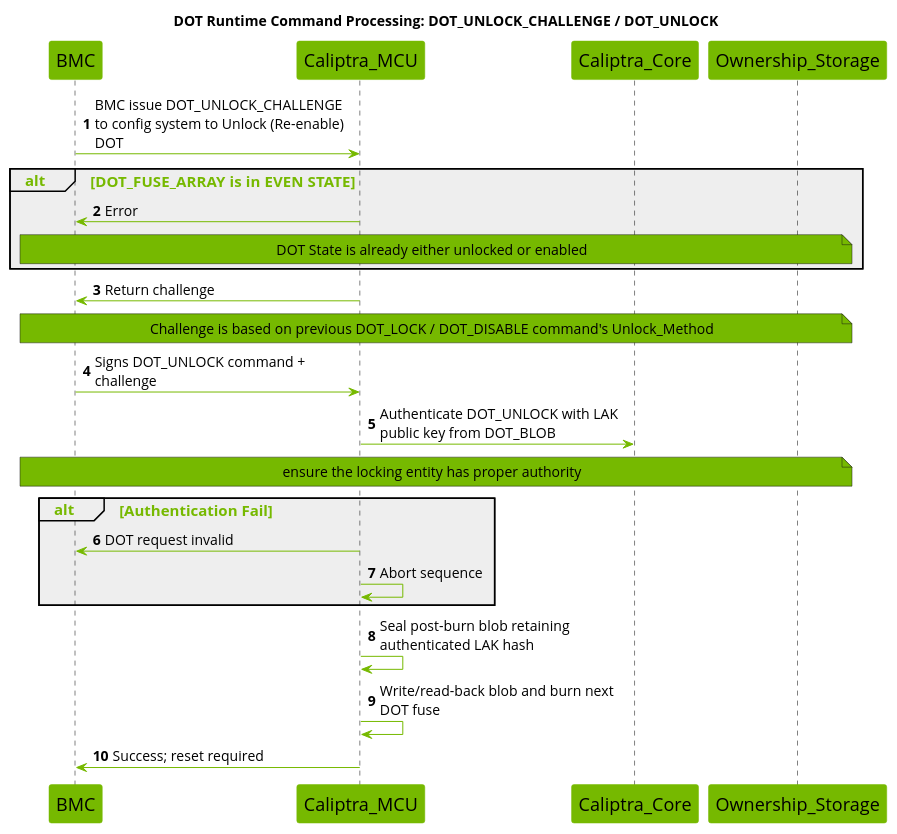
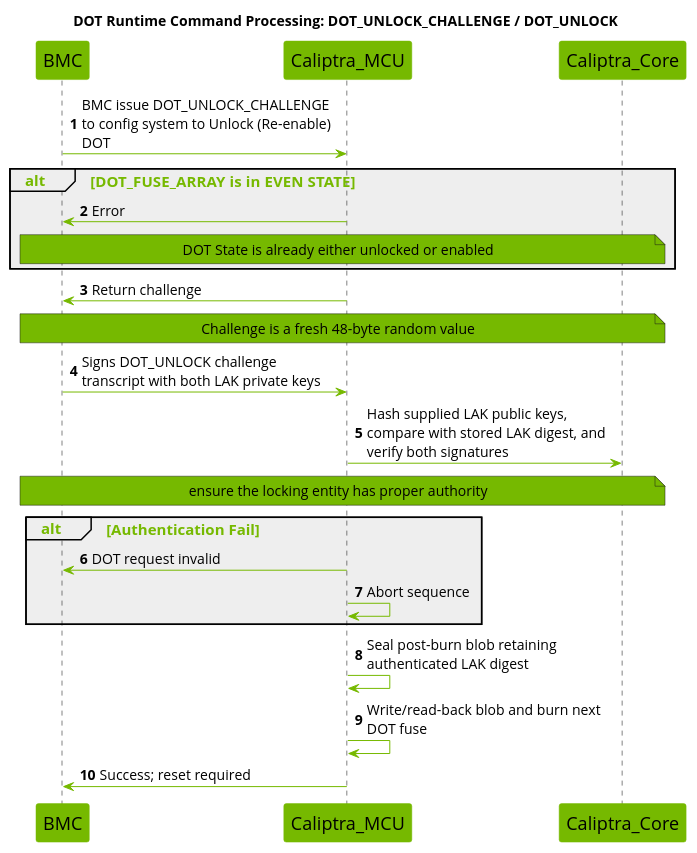
The third of 7 diagrams in docs/src/dot.md (chipsalliance/caliptra-mcu-sw), drawn with PlantUML before and after one commit. The commit also changed other lines of this file and 7 other files, not shown here.

````diff
--- a/docs/src/dot.md
+++ b/docs/src/dot.md
@@ -647,58 +646,57 @@
 ```plantuml
 @startuml
 
 title DOT Runtime Command Processing: DOT_UNLOCK_CHALLENGE / DOT_UNLOCK
 
 skinparam maxMessageSize 250
 skinparam wrapWidth 700
 skinparam backgroundColor white
 skinparam NoteBackgroundColor #76b900
 skinparam NoteFontSize 14
 skinparam SequenceGroupBodyBackgroundColor #EEEEEE
 skinparam defaultFontName Open Sans
 
 skinparam sequence {
     ArrowColor #76b900
     ActorBorderColor #76b900
     LifeLineBorderColor #000000
     LifeLineBackgroundColor #76b900
     GroupHeaderFontsize 15
     GroupHeaderFontColor #76b900
     GroupFontSize 15
     GroupFontColor #76b900
     ArrowFontSize 15
     ParticipantBorderColor #76b900
     ParticipantBackgroundColor #76b900
     ParticipantFontSize 18
     ParticipantFontColor black
     ArrowFontSize 14
 }
 
 participant BMC
 participant Caliptra_MCU
 participant Caliptra_Core
-participant Ownership_Storage
 
 autonumber
 
 BMC -> Caliptra_MCU : BMC issue DOT_UNLOCK_CHALLENGE to config system to Unlock (Re-enable) DOT
 alt DOT_FUSE_ARRAY is in EVEN STATE
     Caliptra_MCU -> BMC : Error
     note across : DOT State is already either unlocked or enabled
 end
 
 Caliptra_MCU -> BMC : Return challenge
-note across : Challenge is based on previous DOT_LOCK / DOT_DISABLE command's Unlock_Method
-BMC -> Caliptra_MCU : Signs DOT_UNLOCK command + challenge
-Caliptra_MCU -> Caliptra_Core : Authenticate DOT_UNLOCK with LAK public key from DOT_BLOB
+note across : Challenge is a fresh 48-byte random value
+BMC -> Caliptra_MCU : Signs DOT_UNLOCK challenge transcript with both LAK private keys
+Caliptra_MCU -> Caliptra_Core : Hash supplied LAK public keys, compare with stored LAK digest, and verify both signatures
 note across : ensure the locking entity has proper authority
 alt Authentication Fail
     Caliptra_MCU -> BMC : DOT request invalid
     Caliptra_MCU -> Caliptra_MCU : Abort sequence
 end
-Caliptra_MCU -> Caliptra_MCU : Seal post-burn blob retaining authenticated LAK hash
+Caliptra_MCU -> Caliptra_MCU : Seal post-burn blob retaining authenticated LAK digest
 Caliptra_MCU -> Caliptra_MCU : Write/read-back blob and burn next DOT fuse
 Caliptra_MCU -> BMC : Success; reset required
 
 @enduml
 ```
````
